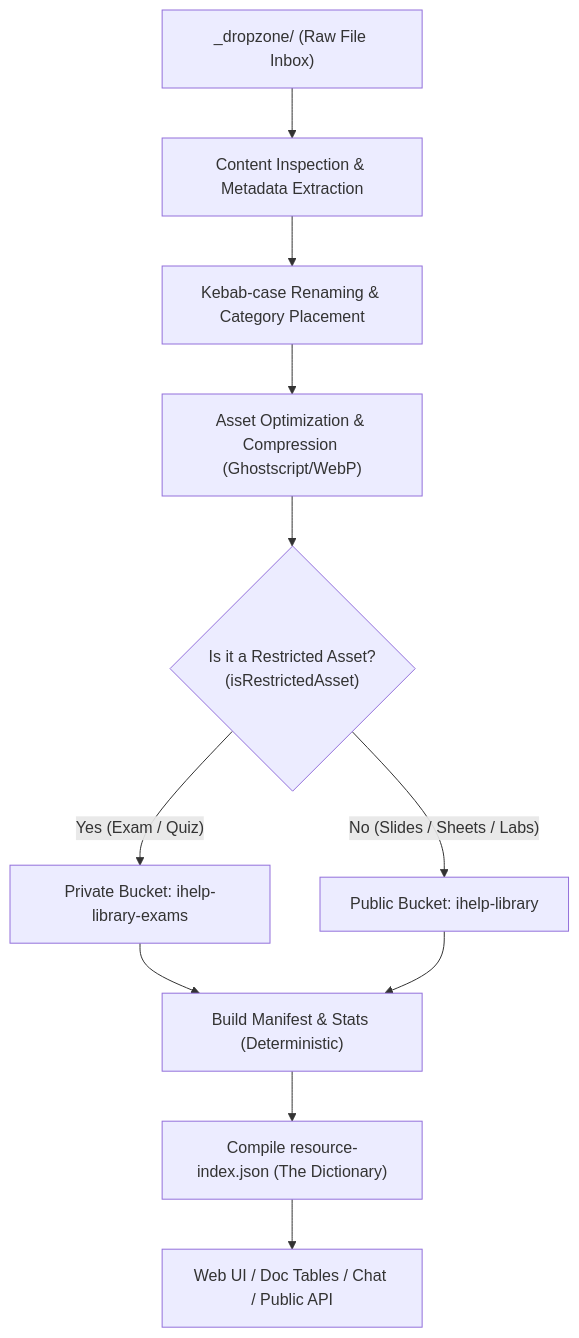
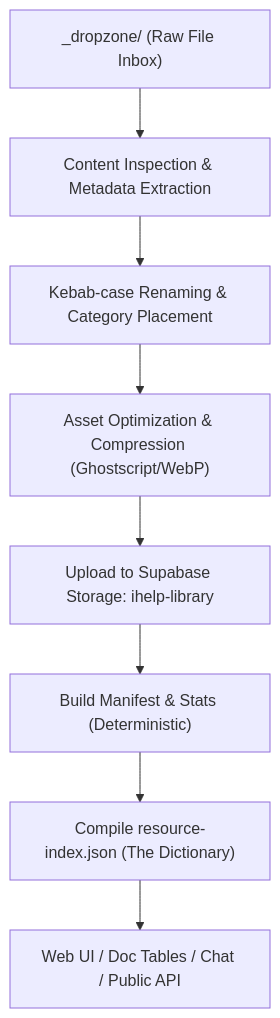
One commit to Jesselpetry/ihelp changed the second of 5 diagrams in docs/LIBRARY_ARCHITECTURE_AND_WORKFLOW.md. Above: the diagram before and after it, drawn with Mermaid. The commit also changed other lines of this file and 72 other files, not shown here.

````diff
--- a/docs/LIBRARY_ARCHITECTURE_AND_WORKFLOW.md
+++ b/docs/LIBRARY_ARCHITECTURE_AND_WORKFLOW.md
@@ -46,12 +46,10 @@
 ```mermaid
 flowchart TD
     A["_dropzone/ (Raw File Inbox)"] --> B["Content Inspection & Metadata Extraction"]
     B --> C["Kebab-case Renaming & Category Placement"]
     C --> D["Asset Optimization & Compression (Ghostscript/WebP)"]
-    D --> E{"Is it a Restricted Asset?<br/>(isRestrictedAsset)"}
-    E -- "Yes (Exam / Quiz)" --> F["Private Bucket: ihelp-library-exams"]
-    E -- "No (Slides / Sheets / Labs)" --> G["Public Bucket: ihelp-library"]
-    F & G --> H["Build Manifest & Stats (Deterministic)"]
+    D --> E["Upload to Supabase Storage: ihelp-library"]
+    E --> H["Build Manifest & Stats (Deterministic)"]
     H --> I["Compile resource-index.json (The Dictionary)"]
     I --> J["Web UI / Doc Tables / Chat / Public API"]
 ```
````
